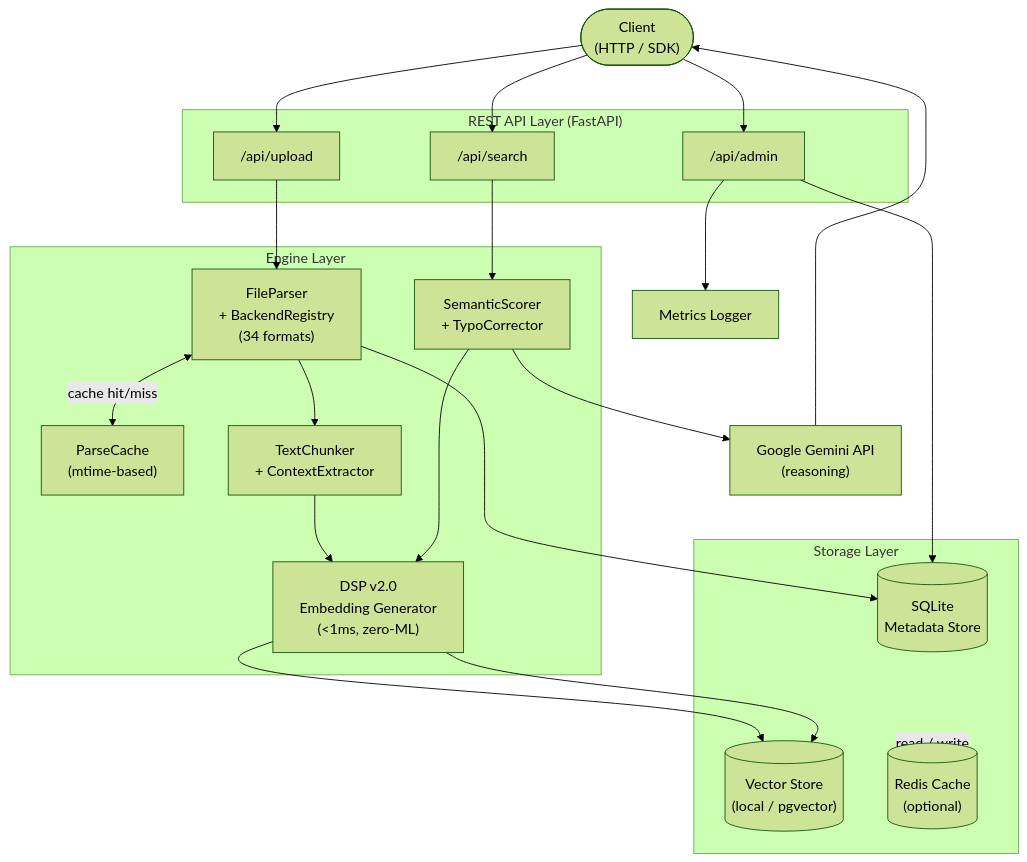
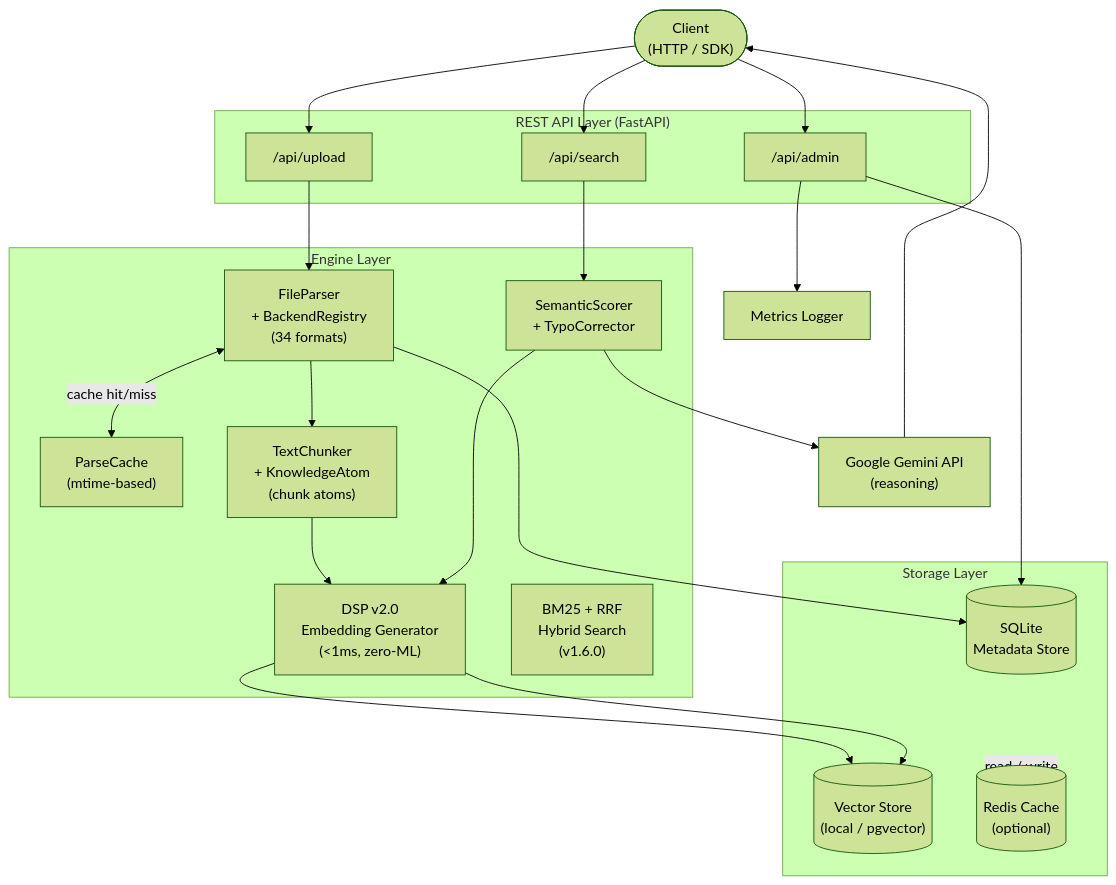
One commit to flamehaven01/Flamehaven-Filesearch changed the diagram in README.md. Above: the diagram before and after it, drawn with Mermaid (forest theme). The commit also changed other lines of this file and 27 other files, not shown here.

First line of the commit message:
release: v1.6.1 — code quality pass + hybrid search + mixin refactor

````diff
--- a/README.md
+++ b/README.md
@@ -289,45 +289,46 @@
 ```mermaid
 flowchart TD
     Client(["Client\n(HTTP / SDK)"])
 
     subgraph API["REST API Layer (FastAPI)"]
         Upload["/api/upload"]
         Search["/api/search"]
         Admin["/api/admin"]
     end
 
     subgraph Engine["Engine Layer"]
         FP["FileParser\n+ BackendRegistry\n(34 formats)"]
         Cache["ParseCache\n(mtime-based)"]
-        Chunker["TextChunker\n+ ContextExtractor"]
+        Chunker["TextChunker\n+ KnowledgeAtom\n(chunk atoms)"]
         DSP["DSP v2.0\nEmbedding Generator\n(&lt;1ms, zero-ML)"]
+        BM25["BM25 + RRF\nHybrid Search\n(v1.6.0)"]
         Scorer["SemanticScorer\n+ TypoCorrector"]
     end
 
     subgraph Storage["Storage Layer"]
         SQLite[("SQLite\nMetadata Store")]
         Vec[("Vector Store\n(local / pgvector)")]
         Redis[("Redis Cache\n(optional)")]
     end
 
     Gemini["Google Gemini API\n(reasoning)"]
     Metrics["Metrics Logger"]
 
     Client --> Upload & Search & Admin
     Upload --> FP
     FP <-->|"cache hit/miss"| Cache
     FP --> Chunker
     Chunker --> DSP
     DSP --> Vec
     FP --> SQLite
 
     Search --> Scorer
     Scorer --> DSP
     DSP --> Vec
     Scorer --> Gemini
     Gemini --> Client
 
     Admin --> Metrics
     Admin --> SQLite
     Storage <-->|"read / write"| Redis
 ```
````
